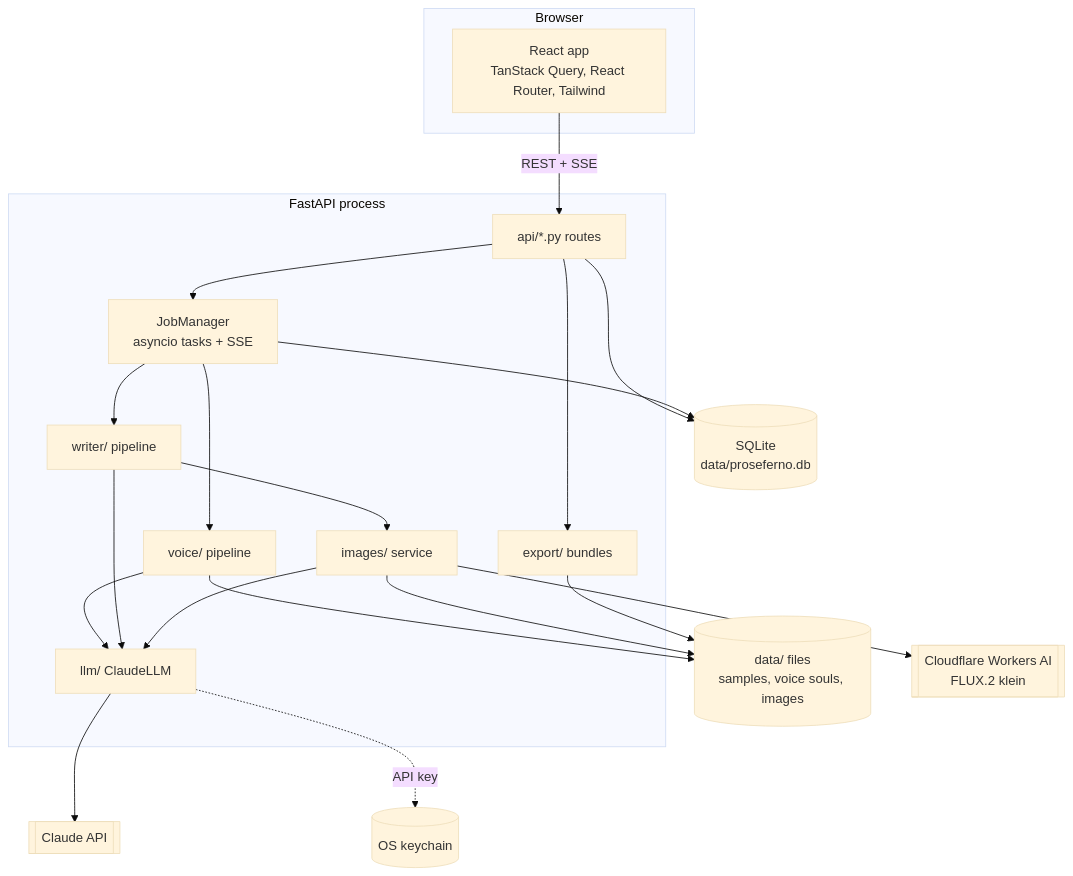
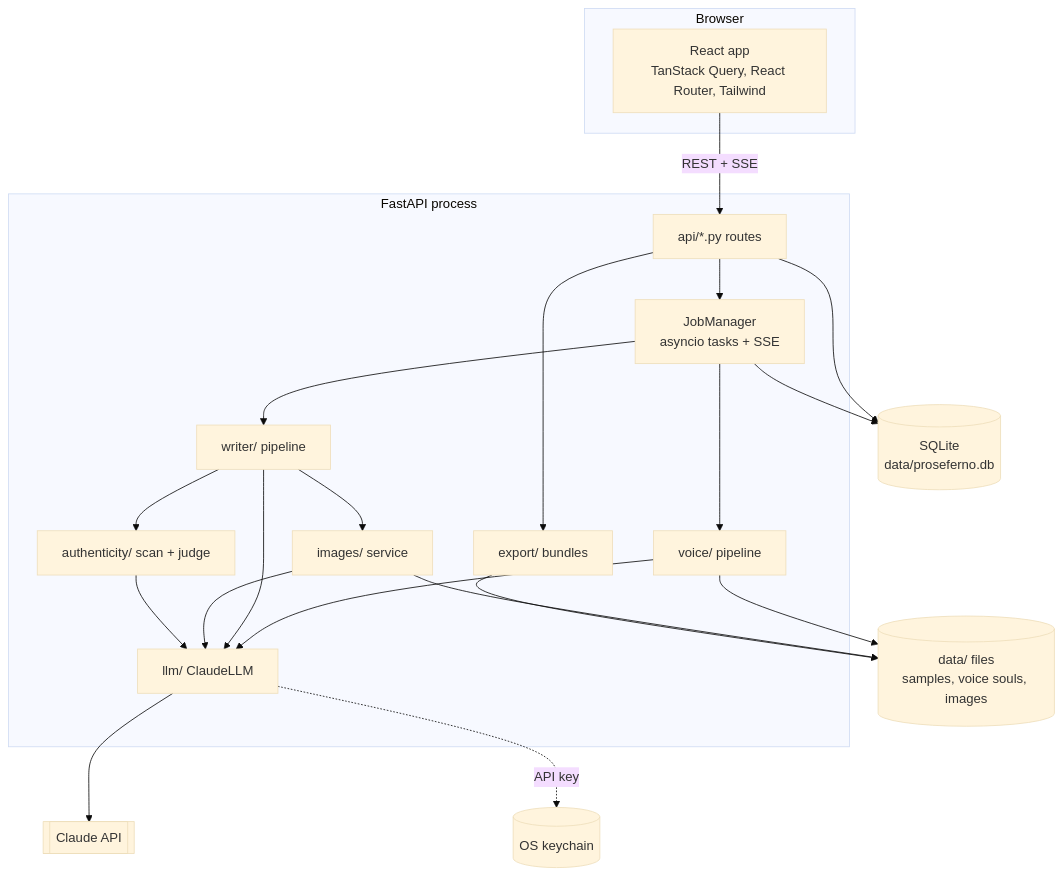
The diagram in docs/architecture.md (ThatShelbs/cc_technical_blogger), drawn with Mermaid (base theme) before and after one commit. The commit also changed other lines of this file and 78 other files, not shown here.

First line of the commit message:
Claude-only images, LinkedIn export, AI-detection report, persona versions

````diff
--- a/docs/architecture.md
+++ b/docs/architecture.md
@@ -5,30 +5,29 @@
 ```mermaid
 flowchart TB
   subgraph Browser
     UI[React app<br/>TanStack Query, React Router, Tailwind]
   end
   subgraph Backend[FastAPI process]
     API[api/*.py routes]
     Jobs[JobManager<br/>asyncio tasks + SSE]
     Voice[voice/ pipeline]
     Writer[writer/ pipeline]
     Images[images/ service]
+    Detect[authenticity/ scan + judge]
     Export[export/ bundles]
     LLM[llm/ ClaudeLLM]
   end
   DB[(SQLite<br/>data/proseferno.db)]
   Files[(data/ files<br/>samples, voice souls, images)]
   Keychain[(OS keychain)]
   Claude[[Claude API]]
-  CF[[Cloudflare Workers AI<br/>FLUX.2 klein]]
 
   UI -- REST + SSE --> API
   API --> Jobs --> Voice & Writer
-  Writer --> Images
-  Voice & Writer & Images --> LLM --> Claude
-  Images --> CF
+  Writer --> Images & Detect
+  Voice & Writer & Images & Detect --> LLM --> Claude
   API --> Export
   API & Jobs --> DB
   Voice & Images & Export --> Files
   LLM -. API key .-> Keychain
 ```
````
